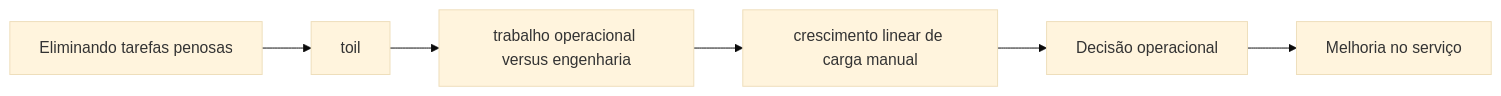
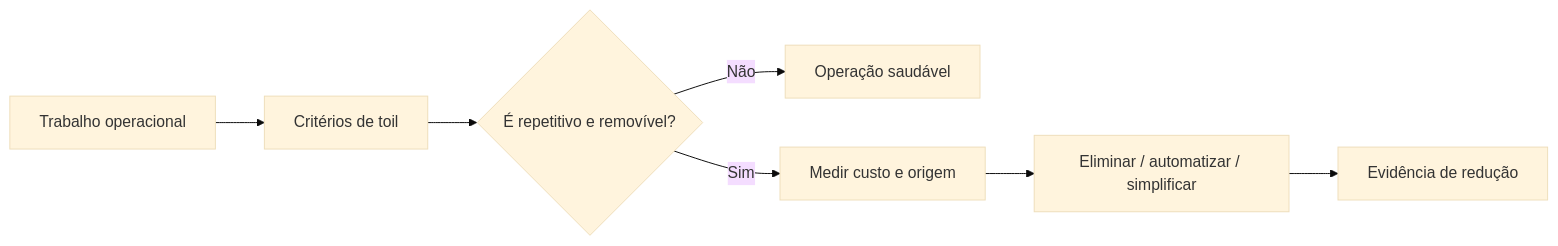
Before and after one commit to rafaelrezo/curso-engenharia-confiabilidade: the diagram in docs/capitulos/capitulo-03.md, drawn with Mermaid (base theme). The commit also changed other lines of this file and 4 other files, not shown here.

````diff
--- a/docs/capitulos/capitulo-03.md
+++ b/docs/capitulos/capitulo-03.md
@@ -66,8 +79,9 @@
 ```mermaid
 flowchart LR
-    Tema["Eliminando tarefas penosas"] --> C1["toil"]
-    C1 --> C2["trabalho operacional versus engenharia"]
-    C2 --> C3["crescimento linear de carga manual"]
-    C3 --> Decisao["Decisão operacional"]
-    Decisao --> Acao["Melhoria no serviço"]
+    Work["Trabalho operacional"] --> Criteria["Critérios de toil"]
+    Criteria --> Decision{"É repetitivo e removível?"}
+    Decision -->|Não| Healthy["Operação saudável"]
+    Decision -->|Sim| Measure["Medir custo e origem"]
+    Measure --> Option["Eliminar / automatizar / simplificar"]
+    Option --> Evidence["Evidência de redução"]
 ```
````
